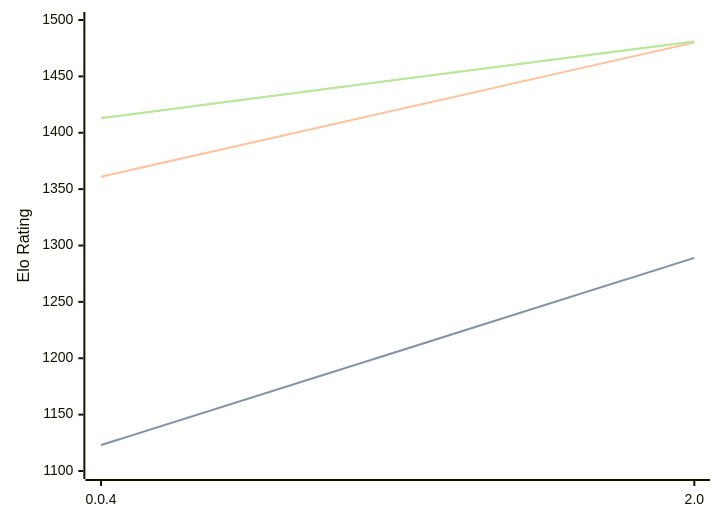
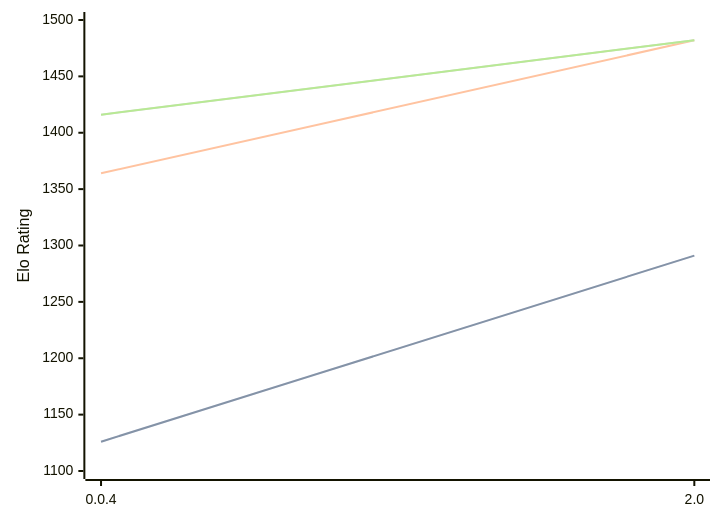
Before and after one commit to computer-chess-index/cci: the diagram in engines/Oops!Mate.md, drawn with Mermaid. The commit also changed other lines of this file, not shown here.

Commit message:
Update CCI Ratings (ELO VLTC) - 2026-04-30

````diff
--- a/engines/Oops!Mate.md
+++ b/engines/Oops!Mate.md
@@ -51,11 +51,11 @@
 ```mermaid
 %%{init: {"theme":"base","themeVariables":{"seriesColors:['#a3a3a3','#222221','#faa371']}}}%%
 xychart-beta
   x-axis ["0.0.4", "2.0"]
   y-axis "Elo Rating" 1100 --> 1500
-  line "STC (8.0+0.08s)" [1123, 1289]
-  line "STC (8.0+0.08s)" [1123, 1289]
-  line "LTC (60.0+0.60s)" [1361, 1480]
-  line "VLTC (2m24s+1.12s)" [1413, 1481]
-  line "VLTC (2m24s+1.12s)" [1413, 1481]
+  line "STC (8.0+0.08s)" [1126, 1291]
+  line "STC (8.0+0.08s)" [1126, 1291]
+  line "LTC (60.0+0.60s)" [1364, 1482]
+  line "VLTC (2m24s+1.12s)" [1416, 1482]
+  line "VLTC (2m24s+1.12s)" [1416, 1482]
 ```
````
